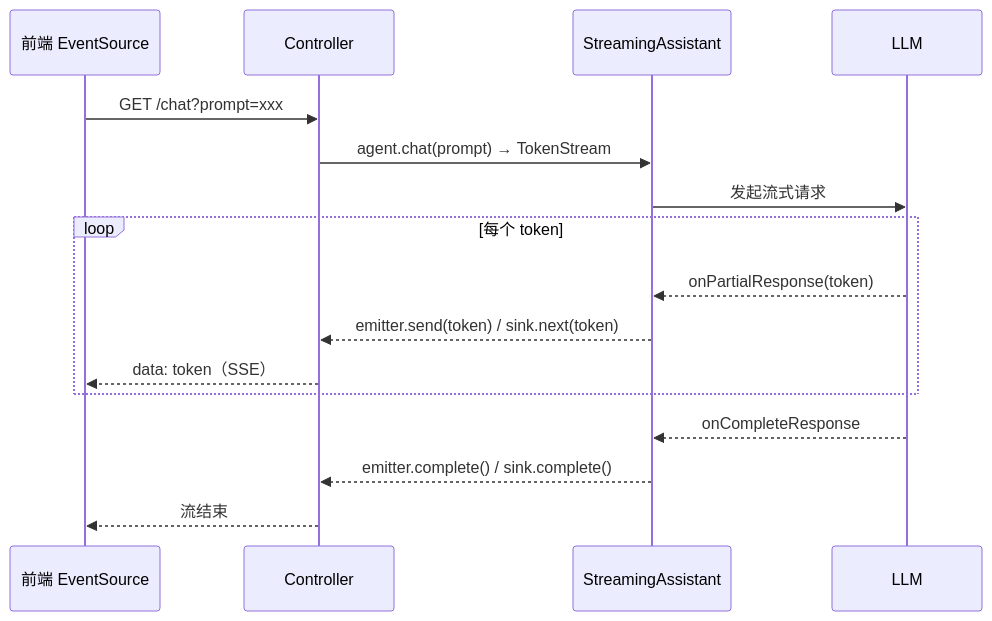
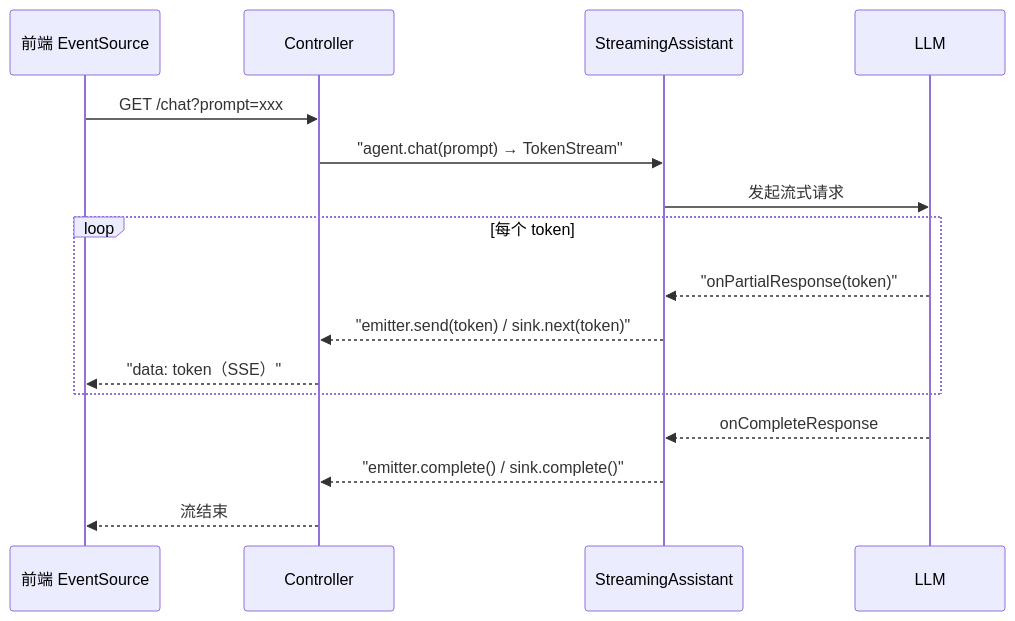
Before and after one commit to UranusGit/java-agent-learn: the third of 4 diagrams in docs/tutorials/langchain4j/06-流式输出.md, drawn with Mermaid. The commit also changed other lines of this file and 137 other files, not shown here.

First line of the commit message:
docs全库mermaid图质量深化：改写残留字符画、补缺图、修坏图

````diff
--- a/docs/tutorials/langchain4j/06-流式输出.md
+++ b/docs/tutorials/langchain4j/06-流式输出.md
@@ -295,18 +295,18 @@
 ```mermaid
 sequenceDiagram
     participant FE as 前端 EventSource
     participant CT as Controller
     participant AS as StreamingAssistant
     participant LLM as LLM
     FE->>CT: GET /chat?prompt=xxx
-    CT->>AS: agent.chat(prompt) → TokenStream
+    CT->>AS: "agent.chat(prompt) → TokenStream"
     AS->>LLM: 发起流式请求
     loop 每个 token
-        LLM-->>AS: onPartialResponse(token)
-        AS-->>CT: emitter.send(token) / sink.next(token)
-        CT-->>FE: data: token（SSE）
+        LLM-->>AS: "onPartialResponse(token)"
+        AS-->>CT: "emitter.send(token) / sink.next(token)"
+        CT-->>FE: "data: token（SSE）"
     end
     LLM-->>AS: onCompleteResponse
-    AS-->>CT: emitter.complete() / sink.complete()
+    AS-->>CT: "emitter.complete() / sink.complete()"
     CT-->>FE: 流结束
 ```
````
